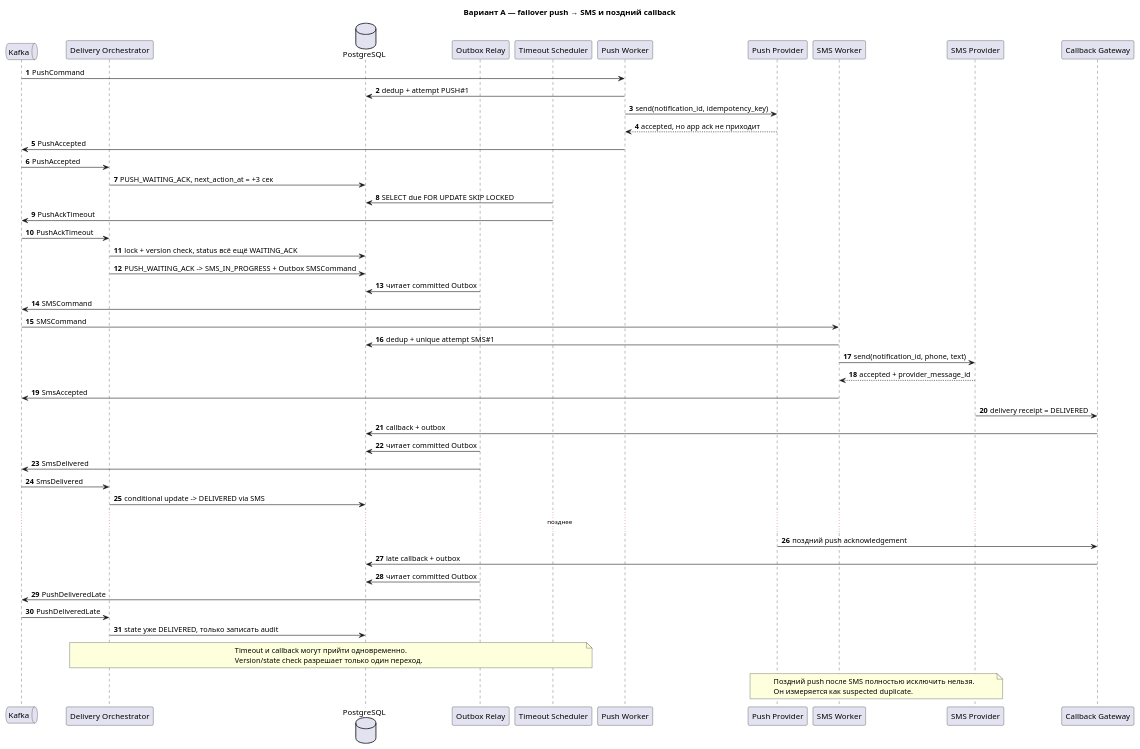
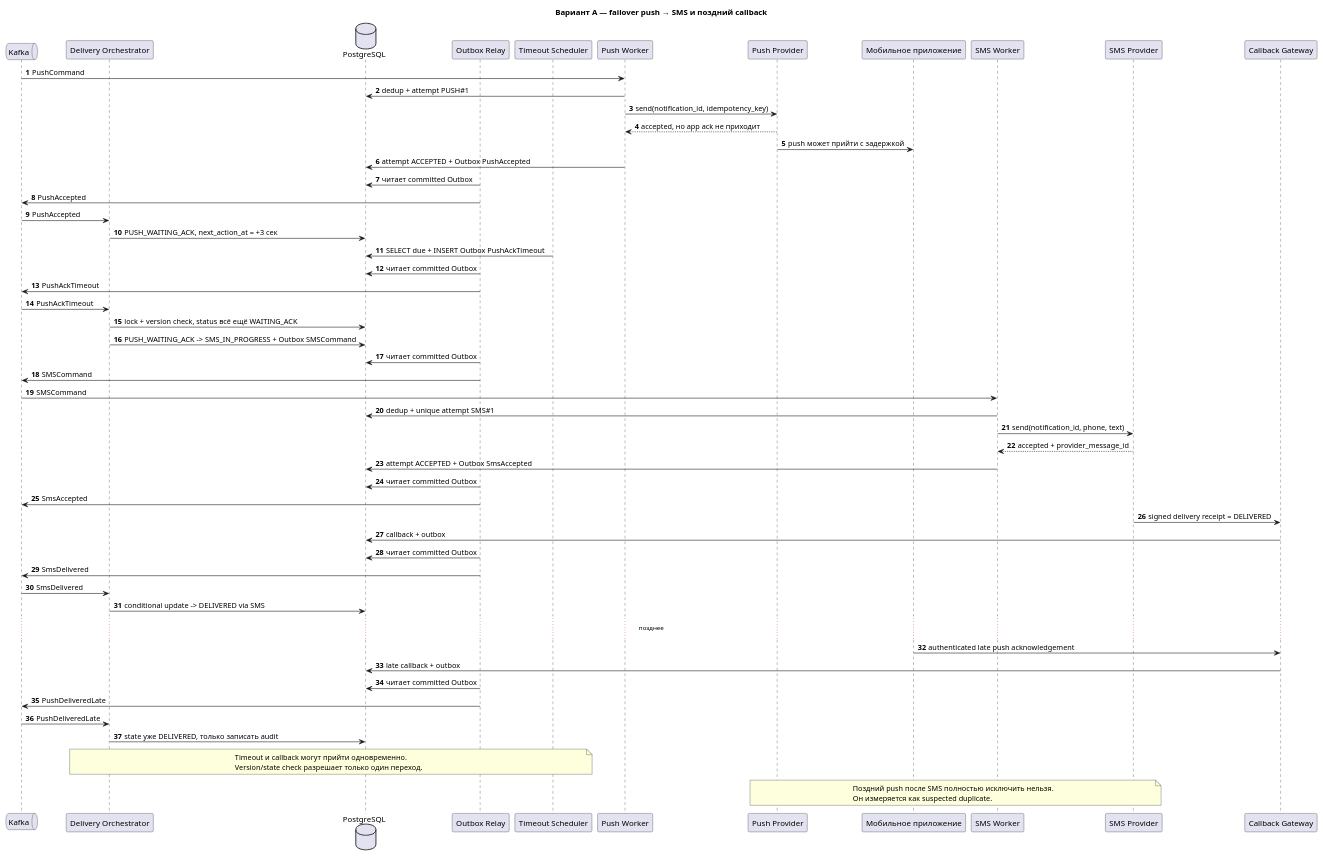
The diagram in diagrams/sequence-option-a-failover.puml (ItsBelyaev/notification-platform-homework), drawn with PlantUML before and after one commit. The commit also changed 7 other files, not shown here.

Commit message:
Fix notification architecture consistency

```diff
--- a/diagrams/sequence-option-a-failover.puml
+++ b/diagrams/sequence-option-a-failover.puml
@@ -1,61 +1,68 @@
 @startuml
 title Вариант A — failover push → SMS и поздний callback
 autonumber
 
 queue "Kafka" as Kafka
 participant "Delivery Orchestrator" as Orchestrator
 database "PostgreSQL" as DB
 participant "Outbox Relay" as Relay
 participant "Timeout Scheduler" as Scheduler
 participant "Push Worker" as PushWorker
 participant "Push Provider" as PushProvider
+participant "Мобильное приложение" as App
 participant "SMS Worker" as SmsWorker
 participant "SMS Provider" as SmsProvider
 participant "Callback Gateway" as Callback
 
 Kafka -> PushWorker: PushCommand
 PushWorker -> DB: dedup + attempt PUSH#1
 PushWorker -> PushProvider: send(notification_id, idempotency_key)
 PushProvider --> PushWorker: accepted, но app ack не приходит
-PushWorker -> Kafka: PushAccepted
+PushProvider -> App: push может прийти с задержкой
+PushWorker -> DB: attempt ACCEPTED + Outbox PushAccepted
+Relay -> DB: читает committed Outbox
+Relay -> Kafka: PushAccepted
 Kafka -> Orchestrator: PushAccepted
 Orchestrator -> DB: PUSH_WAITING_ACK, next_action_at = +3 сек
 
-Scheduler -> DB: SELECT due FOR UPDATE SKIP LOCKED
-Scheduler -> Kafka: PushAckTimeout
+Scheduler -> DB: SELECT due + INSERT Outbox PushAckTimeout
+Relay -> DB: читает committed Outbox
+Relay -> Kafka: PushAckTimeout
 Kafka -> Orchestrator: PushAckTimeout
 Orchestrator -> DB: lock + version check, status всё ещё WAITING_ACK
 Orchestrator -> DB: PUSH_WAITING_ACK -> SMS_IN_PROGRESS + Outbox SMSCommand
 Relay -> DB: читает committed Outbox
 Relay -> Kafka: SMSCommand
 
 Kafka -> SmsWorker: SMSCommand
 SmsWorker -> DB: dedup + unique attempt SMS#1
 SmsWorker -> SmsProvider: send(notification_id, phone, text)
 SmsProvider --> SmsWorker: accepted + provider_message_id
-SmsWorker -> Kafka: SmsAccepted
-SmsProvider -> Callback: delivery receipt = DELIVERED
+SmsWorker -> DB: attempt ACCEPTED + Outbox SmsAccepted
+Relay -> DB: читает committed Outbox
+Relay -> Kafka: SmsAccepted
+SmsProvider -> Callback: signed delivery receipt = DELIVERED
 Callback -> DB: callback + outbox
 Relay -> DB: читает committed Outbox
 Relay -> Kafka: SmsDelivered
 Kafka -> Orchestrator: SmsDelivered
 Orchestrator -> DB: conditional update -> DELIVERED via SMS
 
 ... позднее ...
-PushProvider -> Callback: поздний push acknowledgement
+App -> Callback: authenticated late push acknowledgement
 Callback -> DB: late callback + outbox
 Relay -> DB: читает committed Outbox
 Relay -> Kafka: PushDeliveredLate
 Kafka -> Orchestrator: PushDeliveredLate
 Orchestrator -> DB: state уже DELIVERED, только записать audit
 
 note over Scheduler,Orchestrator
 Timeout и callback могут прийти одновременно.
 Version/state check разрешает только один переход.
 end note
 
 note over PushProvider,SmsProvider
 Поздний push после SMS полностью исключить нельзя.
 Он измеряется как suspected duplicate.
 end note
 @enduml
```
